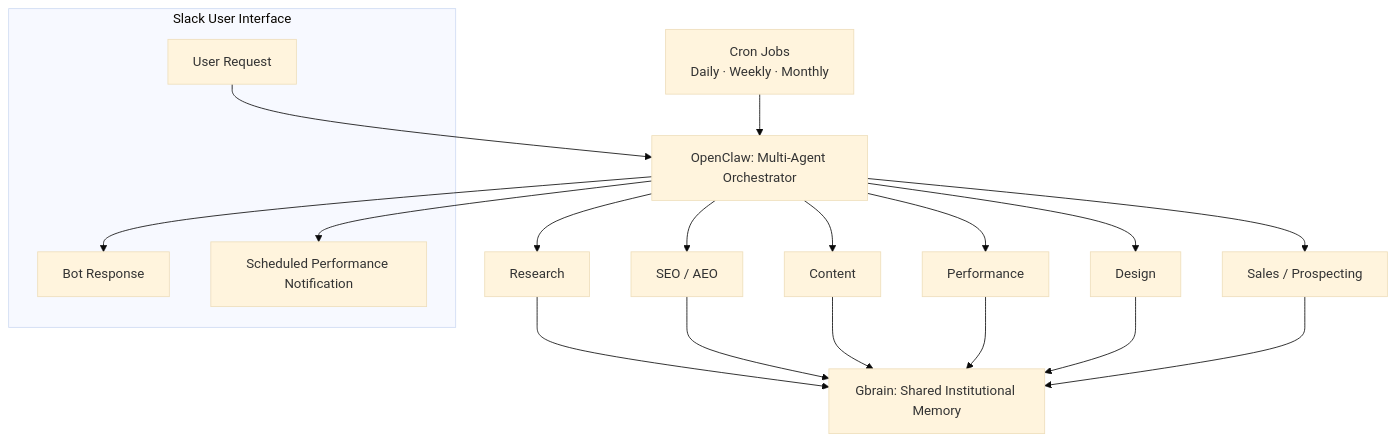
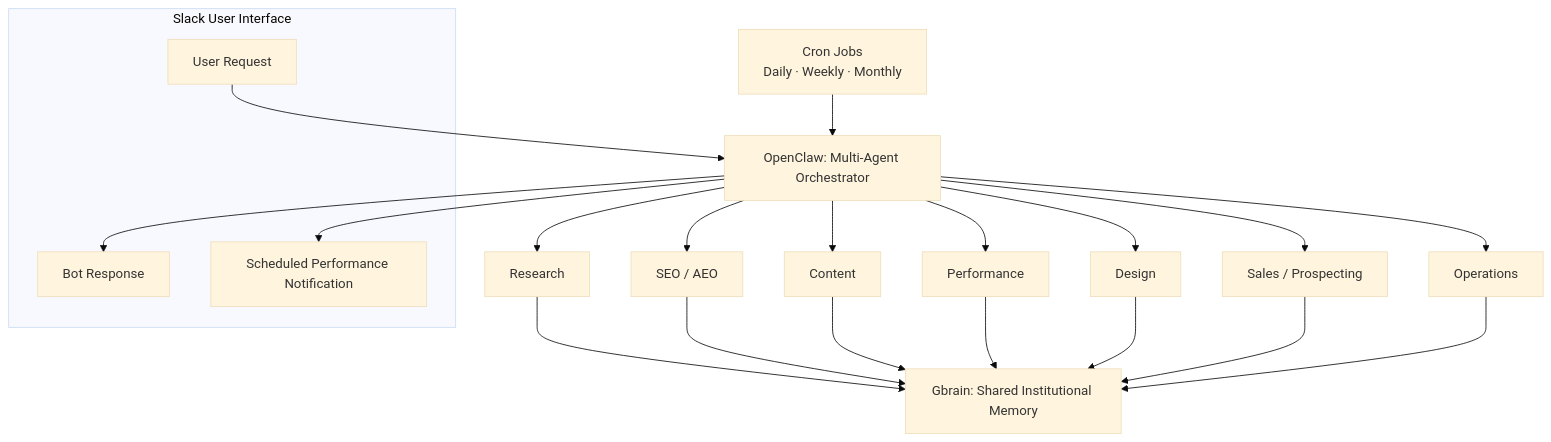
One commit to jsfreytes-growth/futi-agent-orchestrator changed the diagram in README.md. Above: the diagram before and after it, drawn with Mermaid (base theme). The commit also changed other lines of this file, not shown here.

````diff
--- a/README.md
+++ b/README.md
@@ -33,41 +25,44 @@
 ```mermaid
 flowchart TB
 
 subgraph Slack["Slack User Interface"]
 Request["User Request"]
 Response["Bot Response"]
 Notification["Scheduled Performance Notification"]
 end
 
 Cron["Cron Jobs<br/>Daily · Weekly · Monthly"]
 
 OpenClaw["OpenClaw: Multi-Agent Orchestrator"]
 
 Request --> OpenClaw
 OpenClaw --> Response
 Cron --> OpenClaw
 OpenClaw --> Notification
 
 Research["Research"]
 SEO["SEO / AEO"]
 Content["Content"]
 Performance["Performance"]
 Design["Design"]
 Sales["Sales / Prospecting"]
+Operations["Operations"]
 
 OpenClaw --> Research
 OpenClaw --> SEO
 OpenClaw --> Content
 OpenClaw --> Performance
 OpenClaw --> Design
 OpenClaw --> Sales
+OpenClaw --> Operations
 
 Gbrain["Gbrain: Shared Institutional Memory"]
 
 Research --> Gbrain
 SEO --> Gbrain
 Content --> Gbrain
 Performance --> Gbrain
 Design --> Gbrain
 Sales --> Gbrain
+Operations --> Gbrain
 ```
````
